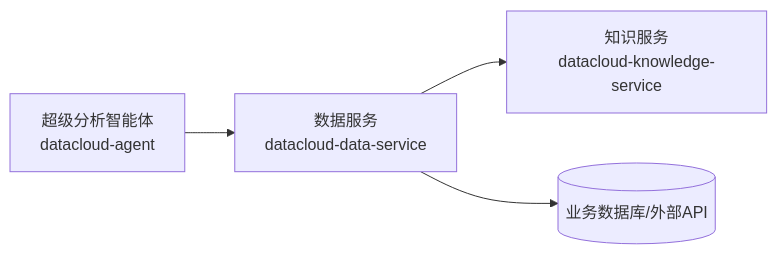
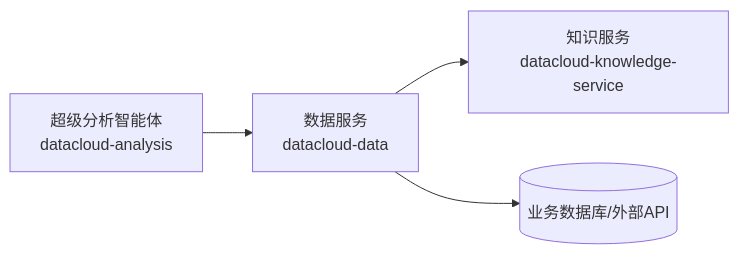
The first of 11 diagrams in packages/datacloud-data/docs/数据服务详细设计2.0.md (beyonai/ByDC), drawn with Mermaid before and after one commit. The commit also changed other lines of this file and 714 other files, not shown here.

````diff
--- a/packages/datacloud-data/docs/数据服务详细设计2.0.md
+++ b/packages/datacloud-data/docs/数据服务详细设计2.0.md
@@ -64,6 +64,6 @@
 ```mermaid
 flowchart LR
-    Agent[超级分析智能体<br/>datacloud-agent] --> DS[数据服务<br/>datacloud-data-service]
+    Agent[超级分析智能体<br/>datacloud-analysis] --> DS[数据服务<br/>datacloud-data]
     DS --> MB[知识服务<br/>datacloud-knowledge-service]
     DS --> BizDB[(业务数据库/外部API)]
 ```
````
